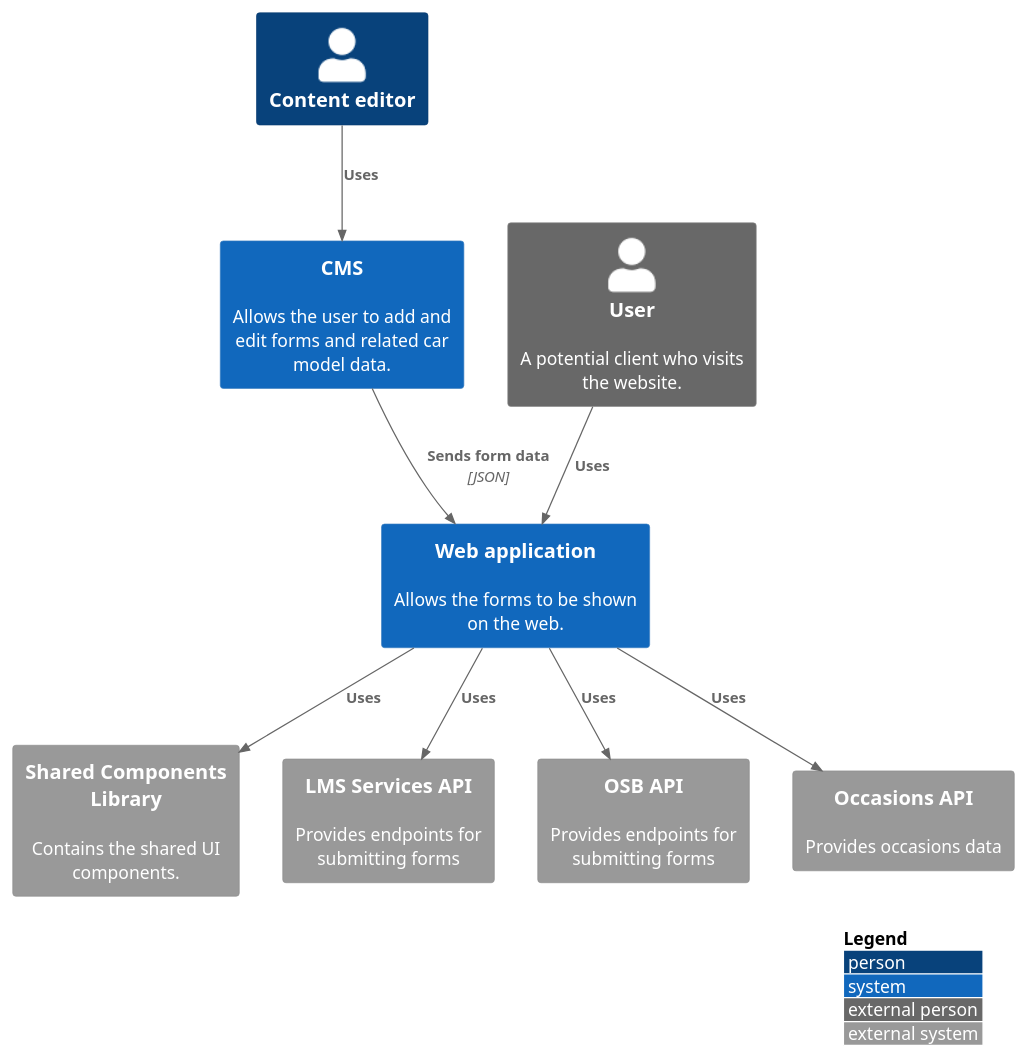
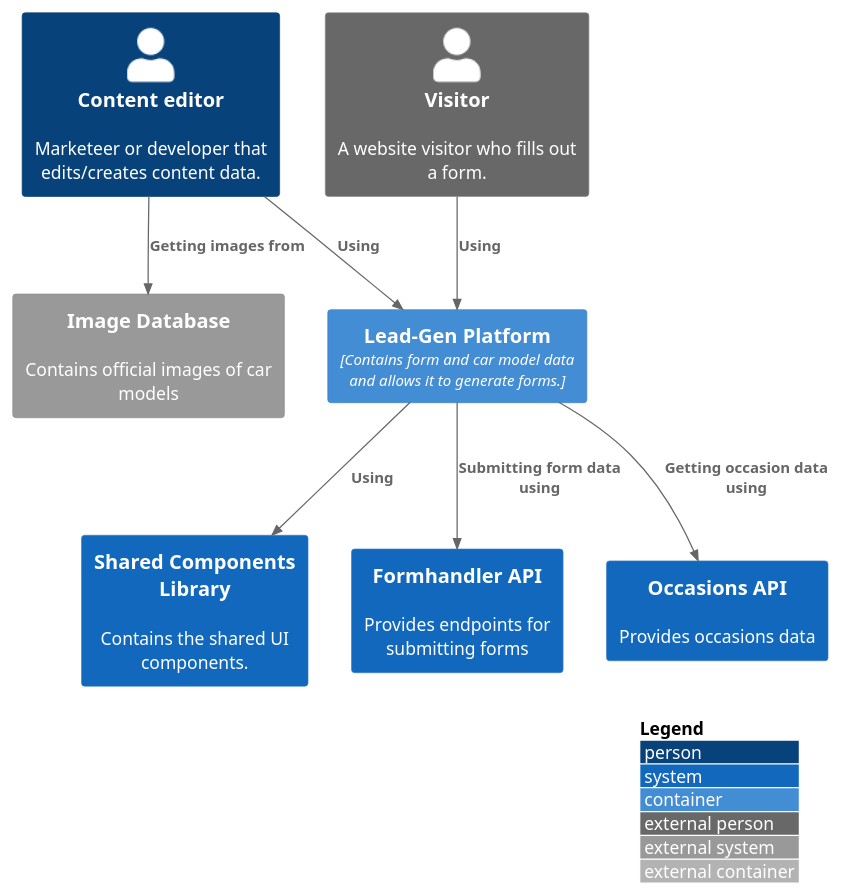
Before and after one commit to gitwazzup/lead-gen-c4: the diagram in src/context.puml, drawn with PlantUML. The commit also changed 35 other files, not shown here.

```diff
--- a/src/context.puml
+++ b/src/context.puml
@@ -1,22 +1,21 @@
 @startuml
 !include https://raw.githubusercontent.com/adrianvlupu/C4-PlantUML/latest/C4_Context.puml
+!include https://raw.githubusercontent.com/plantuml-stdlib/C4-PlantUML/master/C4_Container.puml
 
 LAYOUT_WITH_LEGEND()
 
-Person(ce, "Content editor")
-Person_Ext(user, "User", "A potential client who visits the website.")
-System(cms, "CMS", "Allows the user to add and edit forms and related car model data.")
-System(app, "Web application", "Allows the forms to be shown on the web.")
-System_Ext(cmp, "Shared Components Library", "Contains the shared UI components.")
-System_Ext(lms, "LMS Services API", "Provides endpoints for submitting forms")
-System_Ext(osb, "OSB API", "Provides endpoints for submitting forms")
-System_Ext(occ, "Occasions API", "Provides occasions data")
+Person(editor, "Content editor", "Marketeer or developer that edits/creates content data.")
+Person_Ext(visitor, "Visitor", "A website visitor who fills out a form.")
+Container(leadgen, "Lead-Gen Platform", "Contains form and car model data and allows it to generate forms.")
+System(cmp, "Shared Components Library", "Contains the shared UI components.")
+System(formhandler, "Formhandler API", "Provides endpoints for submitting forms")
+System(occ, "Occasions API", "Provides occasions data")
+System_Ext(img, "Image Database", "Contains official images of car models")
 
-Rel(ce, cms, "Uses")
-Rel(user, app, "Uses")
-Rel(cms, app, "Sends form data", "JSON")
-Rel(app, cmp, "Uses")
-Rel(app, lms, "Uses")
-Rel(app, osb, "Uses")
-Rel(app, occ, "Uses")
+Rel(editor, leadgen, "Using")
+Rel(visitor, leadgen, "Using")
+Rel(leadgen, cmp, "Using")
+Rel(leadgen, formhandler, "Submitting form data using")
+Rel(leadgen, occ, "Getting occasion data using")
+Rel(editor, img, "Getting images from")
 @enduml
```
